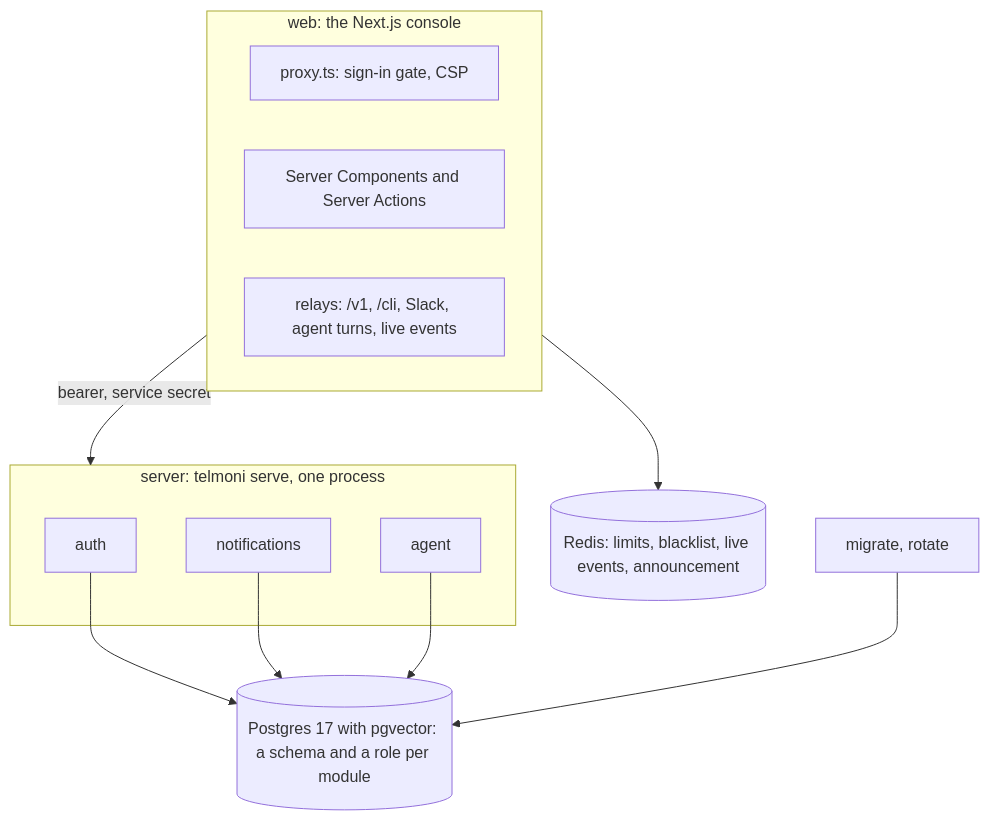
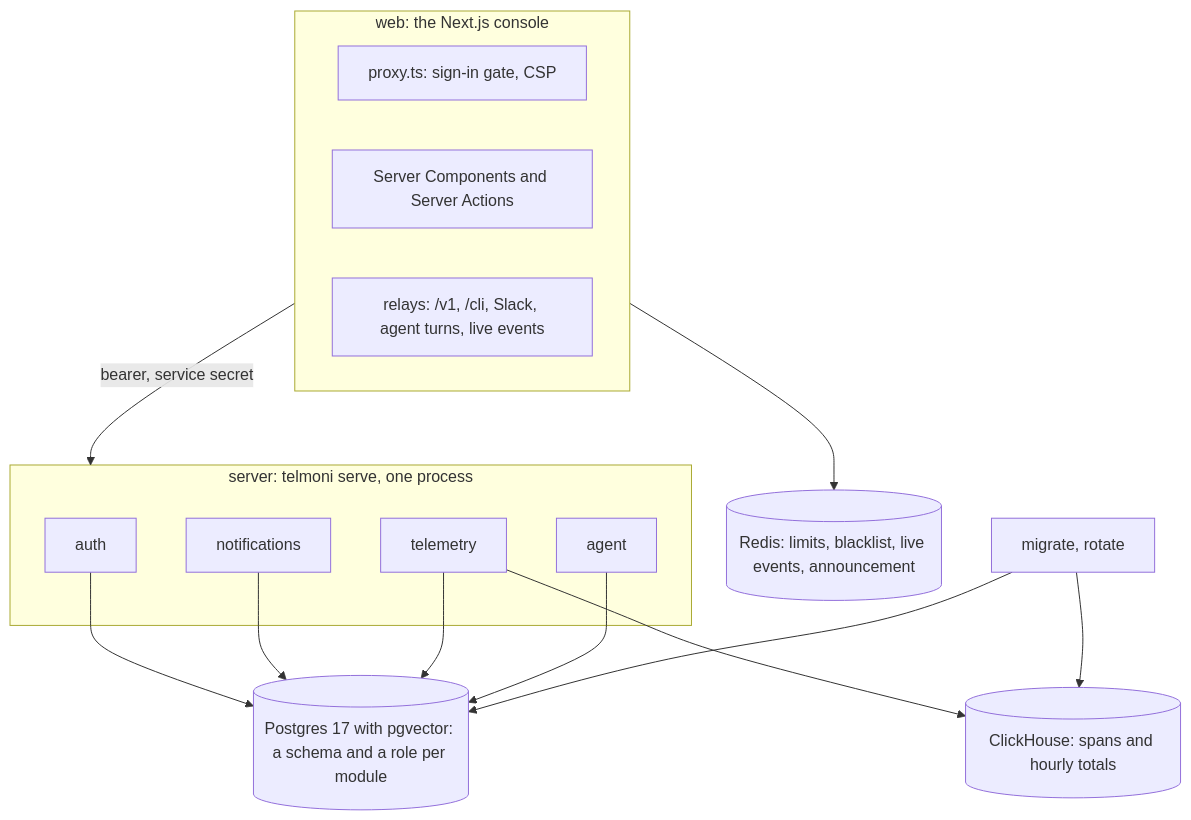
Before and after one commit to telmoni/telmoni: the second of 5 diagrams in ARCHITECTURE.md, drawn with Mermaid. The commit also changed other lines of this file and 110 other files, not shown here.

First line of the commit message:
feat(telemetry): add the telemetry module, its spans in ClickHouse

````diff
--- a/ARCHITECTURE.md
+++ b/ARCHITECTURE.md
@@ -117,20 +118,23 @@
 ```mermaid
 flowchart TB
   subgraph Web["web: the Next.js console"]
     Proxy["proxy.ts: sign-in gate, CSP"]
     Pages["Server Components and Server Actions"]
     Relays["relays: /v1, /cli, Slack, agent turns, live events"]
   end
   Redis[("Redis: limits, blacklist, live events, announcement")]
   subgraph Server["server: telmoni serve, one process"]
     Auth["auth"]
     Notif["notifications"]
+    Telemetry["telemetry"]
     Agent["agent"]
   end
   Jobs["migrate, rotate"]
   PG[("Postgres 17 with pgvector: a schema and a role per module")]
+  CH[("ClickHouse: spans and hourly totals")]
   Web --> Redis
   Web -->|"bearer, service secret"| Server
-  Auth & Notif & Agent --> PG
-  Jobs --> PG
+  Auth & Notif & Telemetry & Agent --> PG
+  Telemetry --> CH
+  Jobs --> PG & CH
 ```
````
